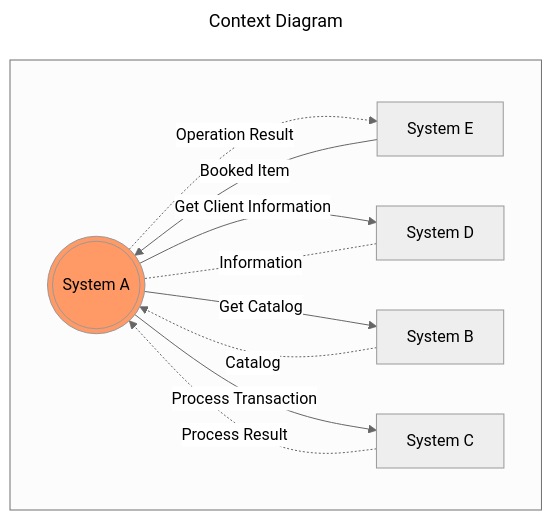
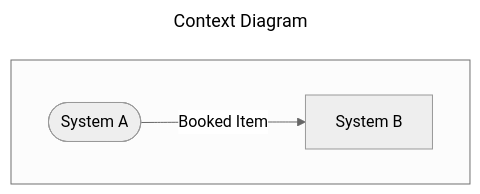
Before and after one commit to Kuziomkin/diagrams: the third of 3 diagrams in mermaid_elements.md, drawn with Mermaid.

````diff
--- a/mermaid_elements.md
+++ b/mermaid_elements.md
@@ -50,32 +50,22 @@
 ```mermaid
 ---
 title: Context Diagram
 config:
   layout: dagre
   look: classic
   theme: neutral
 ---
     flowchart TD
         %% define components
-        A(((System A)))
+        A([System A])
         B[System B]
-        C[System C]
-        D[System D]
-        E[System E]
         click B "https://github.com/Kuziomkin/diagrams/blob/main/mermaid_diagrams.md#flow-chart-1" "This is a tooltip for a link"
 
         subgraph " "
             direction LR
             %% define relationships
-            E -- Booked Item --> A
-            A -.Operation Result.-> E
-            A:::someclass --Get Client Information--> D
-            classDef someclass fill:#f96
-            D -.Information.- A
-            A -- Get Catalog--> B
-            B -. Catalog .-> A
-            A --Process Transaction--> C
-            C -.Process Result.->A
+            A -- Booked Item --> B
+
         end
 
 ```
````
